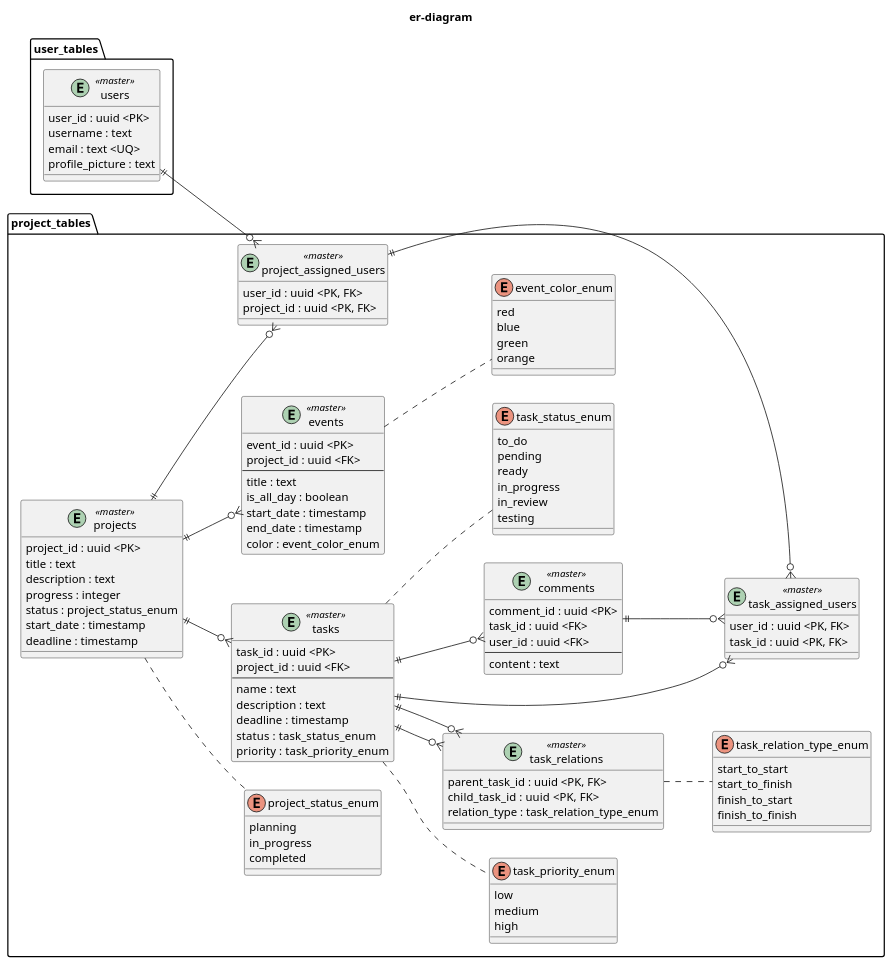
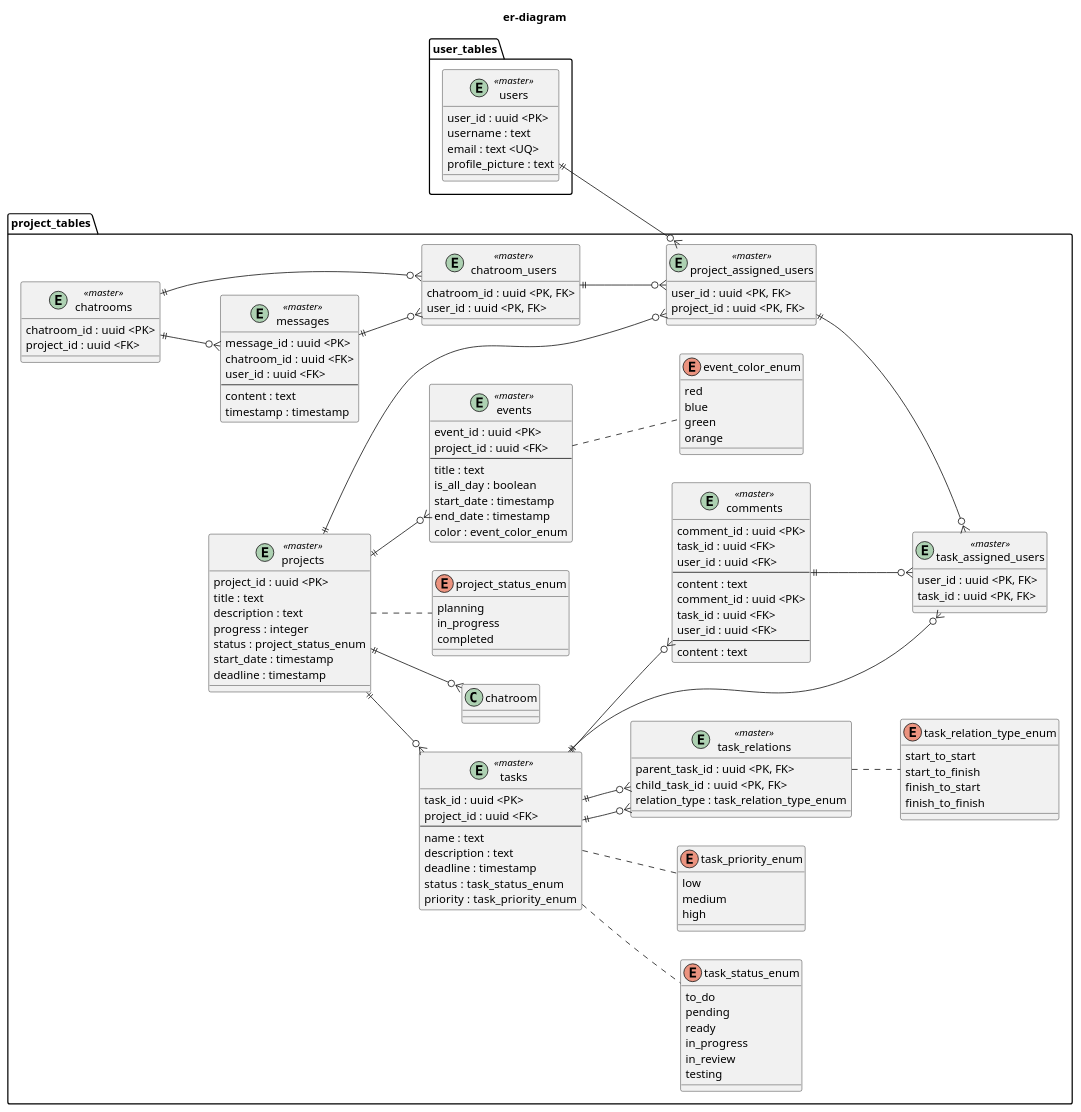
The diagram in doc/backend/er-diagram/er-diagram.pu (KaungSetLinn/FlowMatic), drawn with PlantUML before and after one commit. The commit also changed 1 other file, not shown here.

```diff
--- a/doc/backend/er-diagram/er-diagram.pu
+++ b/doc/backend/er-diagram/er-diagram.pu
@@ -1,115 +1,143 @@
 @startuml er-diagram
 
 left to right direction
 
 title er-diagram
 
 package user_tables {
     entity users <<master>>{
     user_id : uuid <PK>
     username : text
     email : text <UQ>
     profile_picture : text
     }
 }
 
 package project_tables {
     entity projects <<master>>{
         project_id : uuid <PK>
         title : text
         description : text
         progress : integer
         status : project_status_enum
         start_date : timestamp
         deadline : timestamp
     }
     enum project_status_enum {
         planning
         in_progress
         completed
     }
     entity project_assigned_users <<master>>{
         user_id : uuid <PK, FK>
         project_id : uuid <PK, FK>
     }
     entity tasks <<master>>{
         task_id : uuid <PK>
         project_id : uuid <FK>
         ---
         name : text
         description : text
         deadline : timestamp
         status :  task_status_enum
         priority :  task_priority_enum
     }
     enum  task_status_enum {
         to_do
         pending
         ready
         in_progress
         in_review
         testing
     }
     enum  task_priority_enum {
         low
         medium
         high
     }
     entity task_assigned_users <<master>>{
         user_id : uuid <PK, FK>
         task_id : uuid <PK, FK>
     }
     entity task_relations <<master>>{
         parent_task_id : uuid <PK, FK>
         child_task_id  : uuid <PK, FK>
         relation_type : task_relation_type_enum
     }
     enum task_relation_type_enum {
         start_to_start
         start_to_finish
         finish_to_start
         finish_to_finish
     }
     entity comments <<master>>{
         comment_id : uuid <PK>
         task_id : uuid <FK>
         user_id : uuid <FK>
         ---
         content : text
     }
+    entity comments <<master>>{
+        comment_id : uuid <PK>
+        task_id : uuid <FK>
+        user_id : uuid <FK>
+        ---
+        content : text
+    }
     entity events <<master>>{
         event_id : uuid <PK>
         project_id : uuid <FK>
         ---
         title : text
         is_all_day : boolean
         start_date : timestamp
         end_date : timestamp
         color : event_color_enum
     }
     enum event_color_enum {
         red
         blue
         green
         orange
     }
+    entity chatrooms <<master>>{
+        chatroom_id : uuid <PK>
+        project_id : uuid <FK>
+    }
+    entity chatroom_users <<master>>{
+        chatroom_id : uuid <PK, FK>
+        user_id : uuid <PK, FK>
+    }
+    entity messages <<master>>{
+        message_id : uuid <PK>
+        chatroom_id : uuid <FK>
+        user_id : uuid <FK>
+        ---
+        content : text
+        timestamp : timestamp
+    }
 
     projects ||--o{ project_assigned_users
     project_assigned_users ||--o{ task_assigned_users
     projects ||--o{ tasks
     tasks ||--o{ task_relations
     tasks ||--o{ task_relations
     task_relations .. task_relation_type_enum
     tasks ..  task_priority_enum
     tasks ..  task_status_enum
     tasks ||--o{ task_assigned_users
-tasks ||--o{ comments
+    tasks ||--o{ comments
     comments ||--o{ task_assigned_users
     projects .. project_status_enum
     projects ||--o{ events
     events .. event_color_enum
+    projects ||--o{ chatroom
+    chatrooms ||--o{ chatroom_users
+    chatroom_users ||--o{ project_assigned_users
+    chatrooms ||--o{ messages
+    messages ||--o{ chatroom_users
 }
 
 users ||--o{ project_assigned_users
 
 @enduml
```
